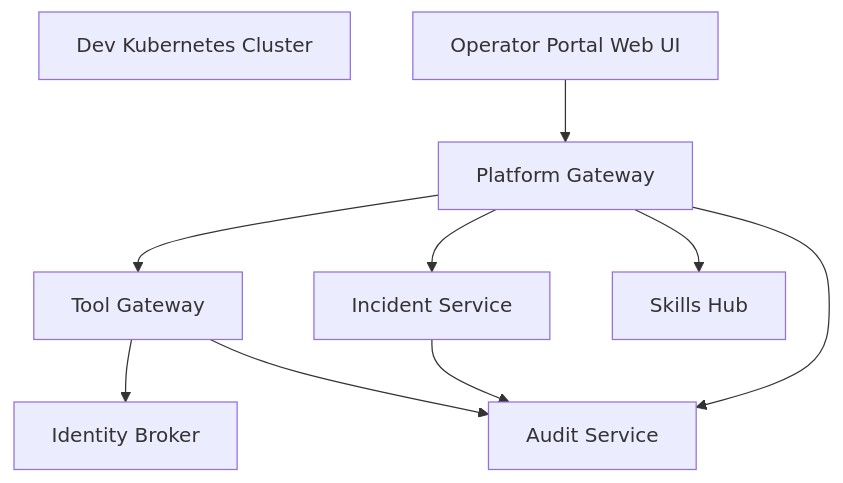
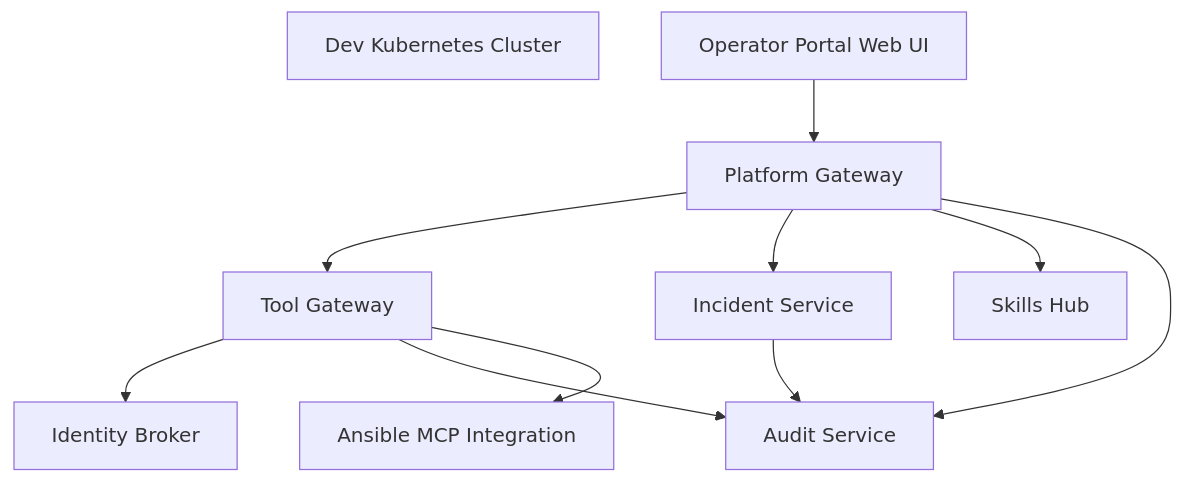
Before and after one commit to metasync/luban-aiops: the first of 17 diagrams in .qoder/repowiki/en/content/Development Guide/Testing Strategy and Implementation/End-to-End Testing.md, drawn with Mermaid. The commit also changed other lines of this file and 130 other files, not shown here.

````diff
--- a/.qoder/repowiki/en/content/Development Guide/Testing Strategy and Implementation/End-to-End Testing.md
+++ b/.qoder/repowiki/en/content/Development Guide/Testing Strategy and Implementation/End-to-End Testing.md
@@ -39,19 +50,21 @@
 ```mermaid
 graph TB
 DevCluster["Dev Kubernetes Cluster"]
 Gateway["Platform Gateway"]
 ToolGW["Tool Gateway"]
 Identity["Identity Broker"]
 Audit["Audit Service"]
 SkillsHub["Skills Hub"]
 IncidentSvc["Incident Service"]
 WebUI["Operator Portal Web UI"]
+AnsibleMCP["Ansible MCP Integration"]
 WebUI --> Gateway
 Gateway --> ToolGW
 Gateway --> IncidentSvc
 Gateway --> SkillsHub
 Gateway --> Audit
 ToolGW --> Identity
 ToolGW --> Audit
+ToolGW --> AnsibleMCP
 IncidentSvc --> Audit
 ```
````
